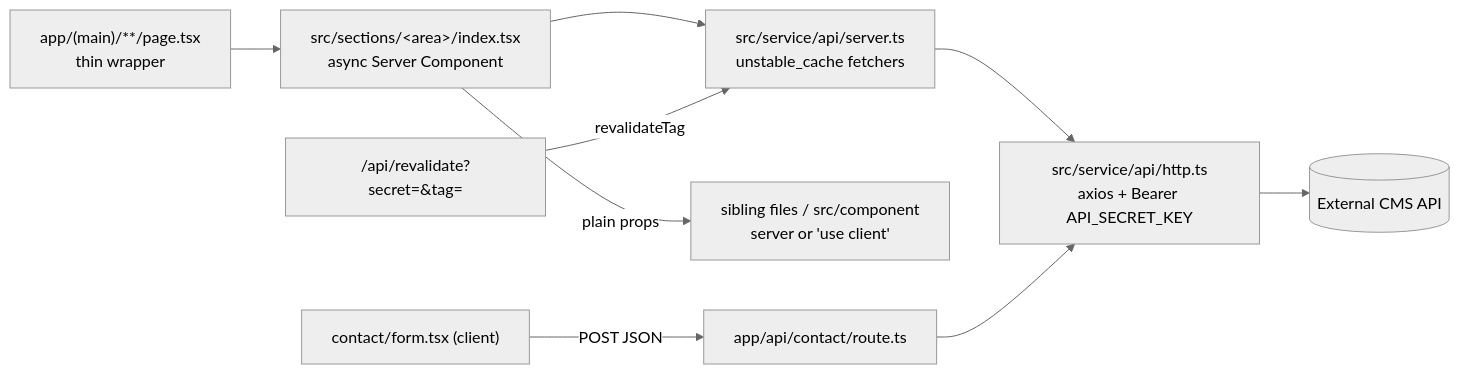
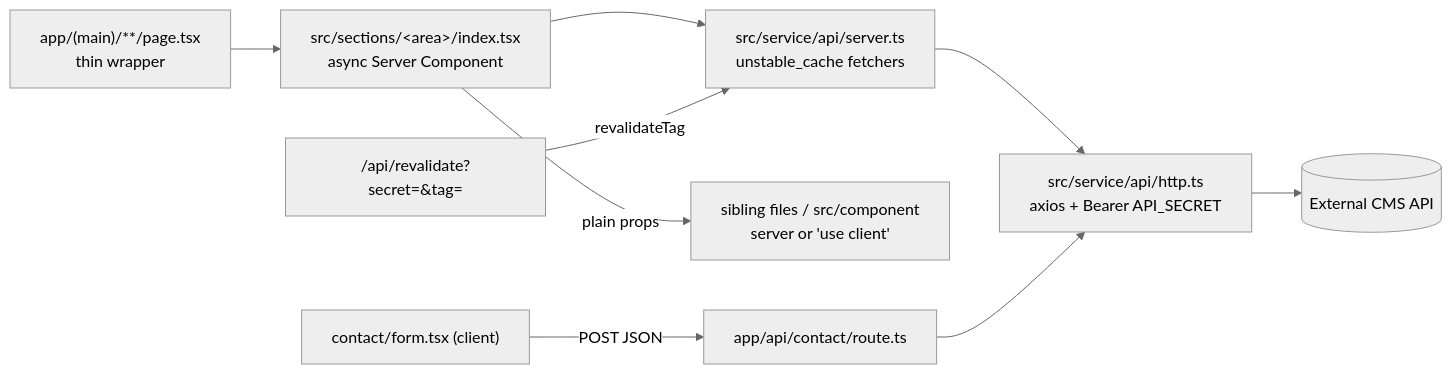
One commit to baharma/portopolio-baharma changed the diagram in AGENTS.md. Above: the diagram before and after it, drawn with Mermaid (neutral theme). The commit also changed other lines of this file and 3 other files, not shown here.

Commit message:
fix: update API_SECRET variable references and improve documentation

````diff
--- a/AGENTS.md
+++ b/AGENTS.md
@@ -9,10 +9,10 @@
 ```mermaid
 flowchart LR
   R["app/(main)/**/page.tsx<br/>thin wrapper"] --> S["src/sections/&lt;area&gt;/index.tsx<br/>async Server Component"]
   S --> F["src/service/api/server.ts<br/>unstable_cache fetchers"]
-  F --> H["src/service/api/http.ts<br/>axios + Bearer API_SECRET_KEY"]
+  F --> H["src/service/api/http.ts<br/>axios + Bearer API_SECRET"]
   H --> CMS[(External CMS API)]
   S -->|plain props| C["sibling files / src/component<br/>server or 'use client'"]
   Form["contact/form.tsx (client)"] -->|POST JSON| P["app/api/contact/route.ts"] --> H
   Hook["/api/revalidate?secret=&tag="] -->|revalidateTag| F
 ```
````
